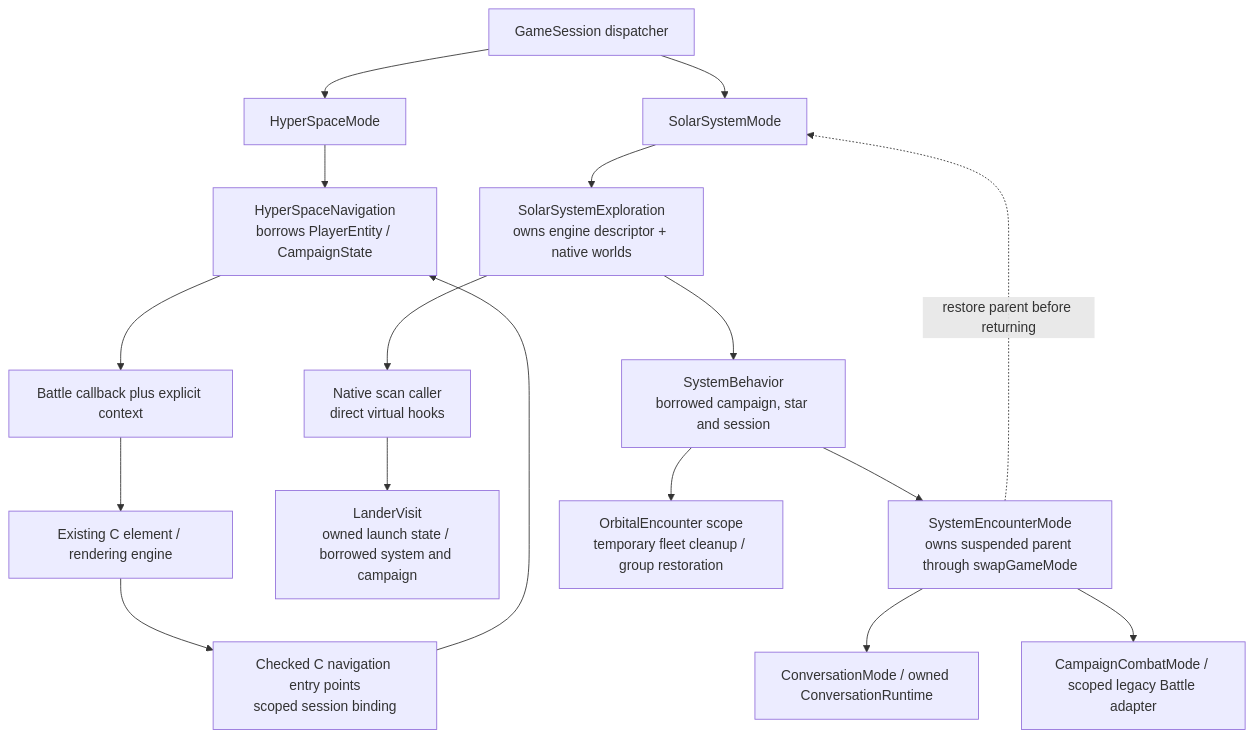
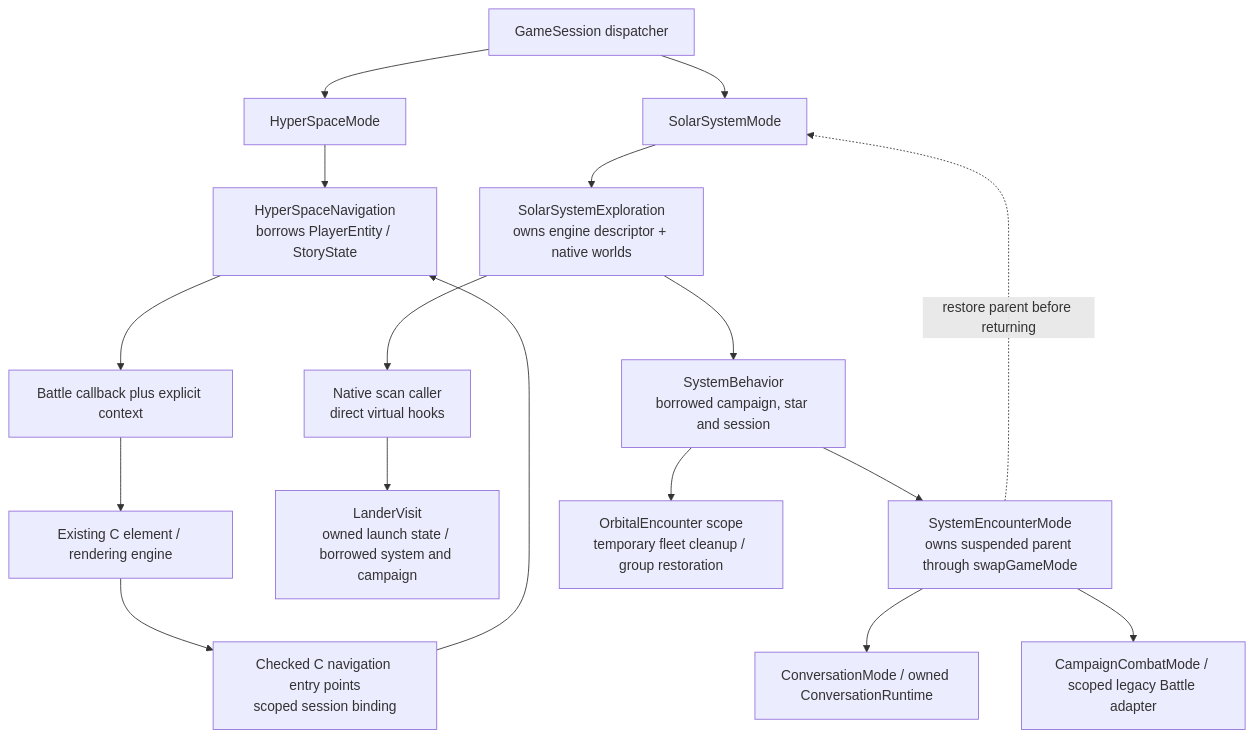
One commit to yost-jacob/uqm-cpp17 changed the diagram in docs/design/runtime-encapsulation.md. Above: the diagram before and after it, drawn with Mermaid. The commit also changed other lines of this file and 84 other files, not shown here.

Commit message:
Rename personal CampaignState to StoryState throughout native code

````diff
--- a/docs/design/runtime-encapsulation.md
+++ b/docs/design/runtime-encapsulation.md
@@ -6,19 +6,19 @@
 ```mermaid
 flowchart TD
     Session["GameSession dispatcher"] --> Hyper["HyperSpaceMode"]
     Session --> Solar["SolarSystemMode"]
-    Hyper --> Nav["HyperSpaceNavigation<br/>borrows PlayerEntity / CampaignState"]
+    Hyper --> Nav["HyperSpaceNavigation<br/>borrows PlayerEntity / StoryState"]
     Nav --> Frame["Battle callback plus explicit context"]
     Frame --> Engine["Existing C element / rendering engine"]
     Engine --> Bind["Checked C navigation entry points<br/>scoped session binding"]
     Bind --> Nav
     Solar --> Explore["SolarSystemExploration<br/>owns engine descriptor + native worlds"]
     Explore --> Rules["SystemBehavior<br/>borrowed campaign, star and session"]
     Explore --> Scan["Native scan caller<br/>direct virtual hooks"]
     Scan --> Lander["LanderVisit<br/>owned launch state / borrowed system and campaign"]
     Rules --> Child["SystemEncounterMode<br/>owns suspended parent through swapGameMode"]
     Child --> Dialog["ConversationMode / owned ConversationRuntime"]
     Child --> Combat["CampaignCombatMode / scoped legacy Battle adapter"]
     Child -. restore parent before returning .-> Solar
     Rules --> Fleet["OrbitalEncounter scope<br/>temporary fleet cleanup / group restoration"]
 ```
````
